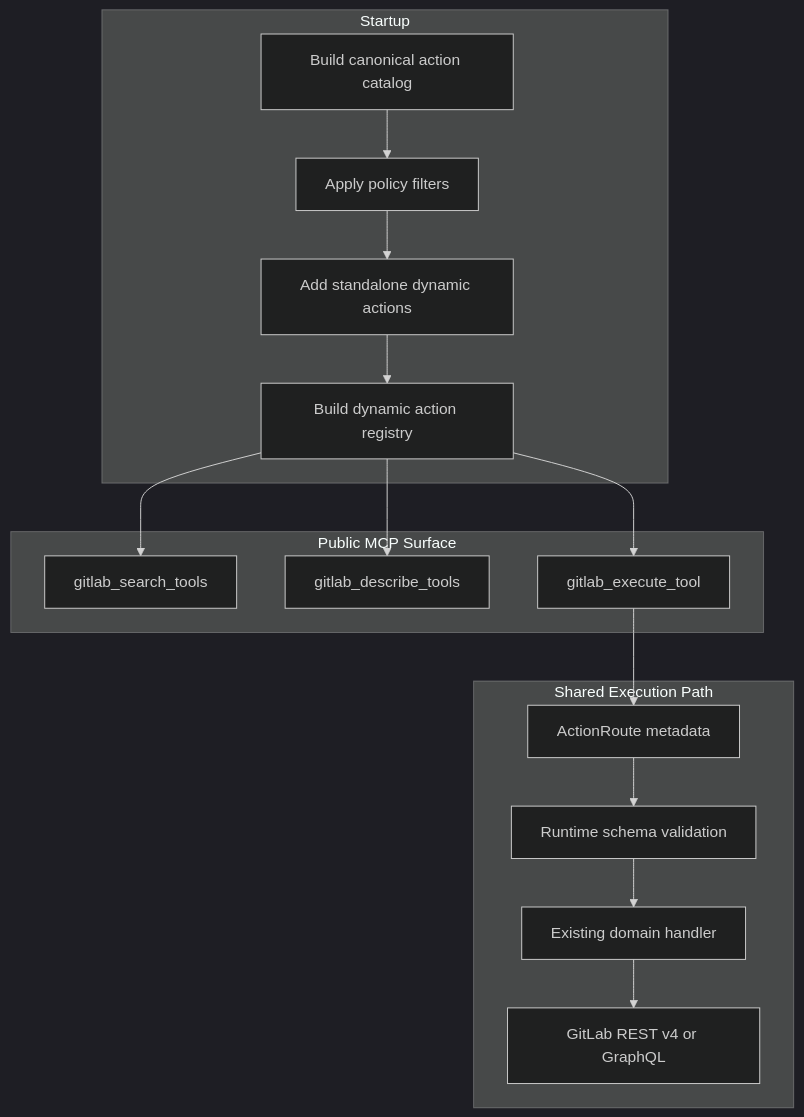
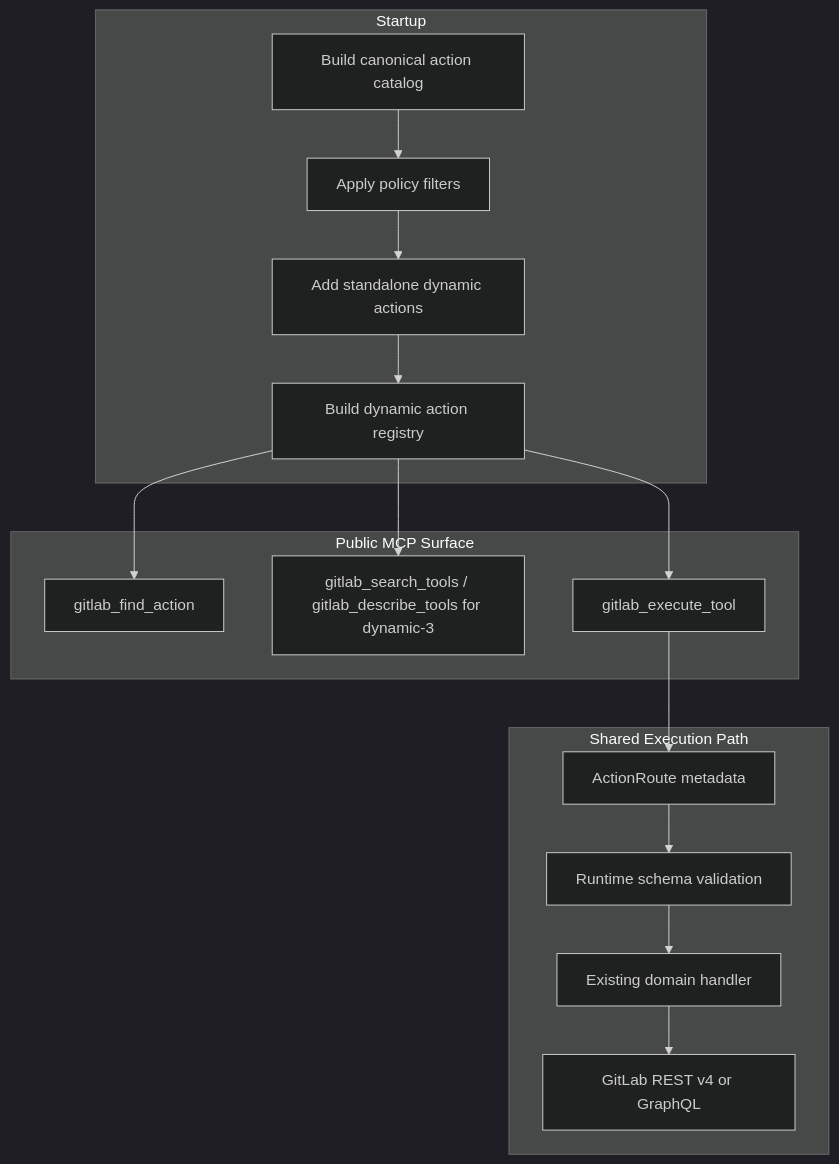
One commit to jmrplens/gitlab-mcp-server changed the second of 2 diagrams in docs/dynamic-tools.md. Above: the diagram before and after it, drawn with Mermaid (dark theme). The commit also changed other lines of this file and 72 other files, not shown here.

First line of the commit message:
feat(dynamic): default to find execute surface

````diff
--- a/docs/dynamic-tools.md
+++ b/docs/dynamic-tools.md
@@ -299,28 +329,28 @@
 ```mermaid
 flowchart TD
   subgraph Startup
     A[Build canonical action catalog]
     B[Apply policy filters]
     C[Add standalone dynamic actions]
     D[Build dynamic action registry]
   end
 
     subgraph Public MCP Surface
-        E[gitlab_search_tools]
-        F[gitlab_describe_tools]
+        E[gitlab_find_action]
+        F[gitlab_search_tools / gitlab_describe_tools for dynamic-3]
         G[gitlab_execute_tool]
     end
 
     subgraph Shared Execution Path
         H[ActionRoute metadata]
         I[Runtime schema validation]
         J[Existing domain handler]
         K[GitLab REST v4 or GraphQL]
     end
 
     A --> B --> C --> D
     D --> E
     D --> F
     D --> G
     G --> H --> I --> J --> K
 ```
````
